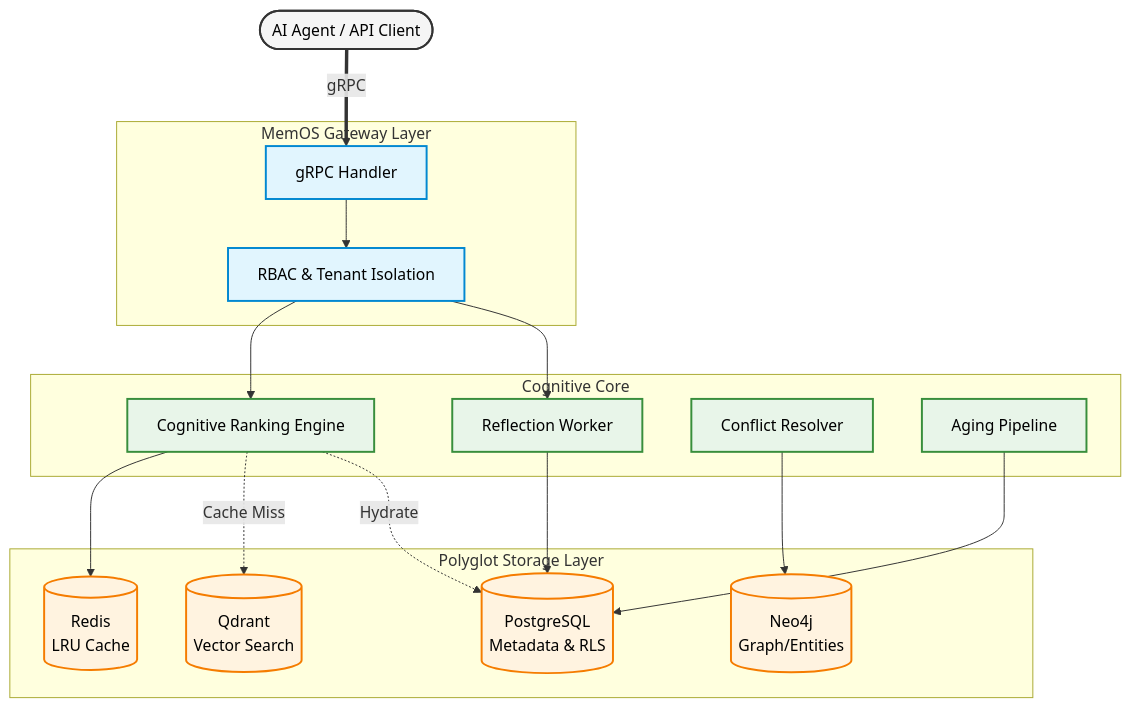
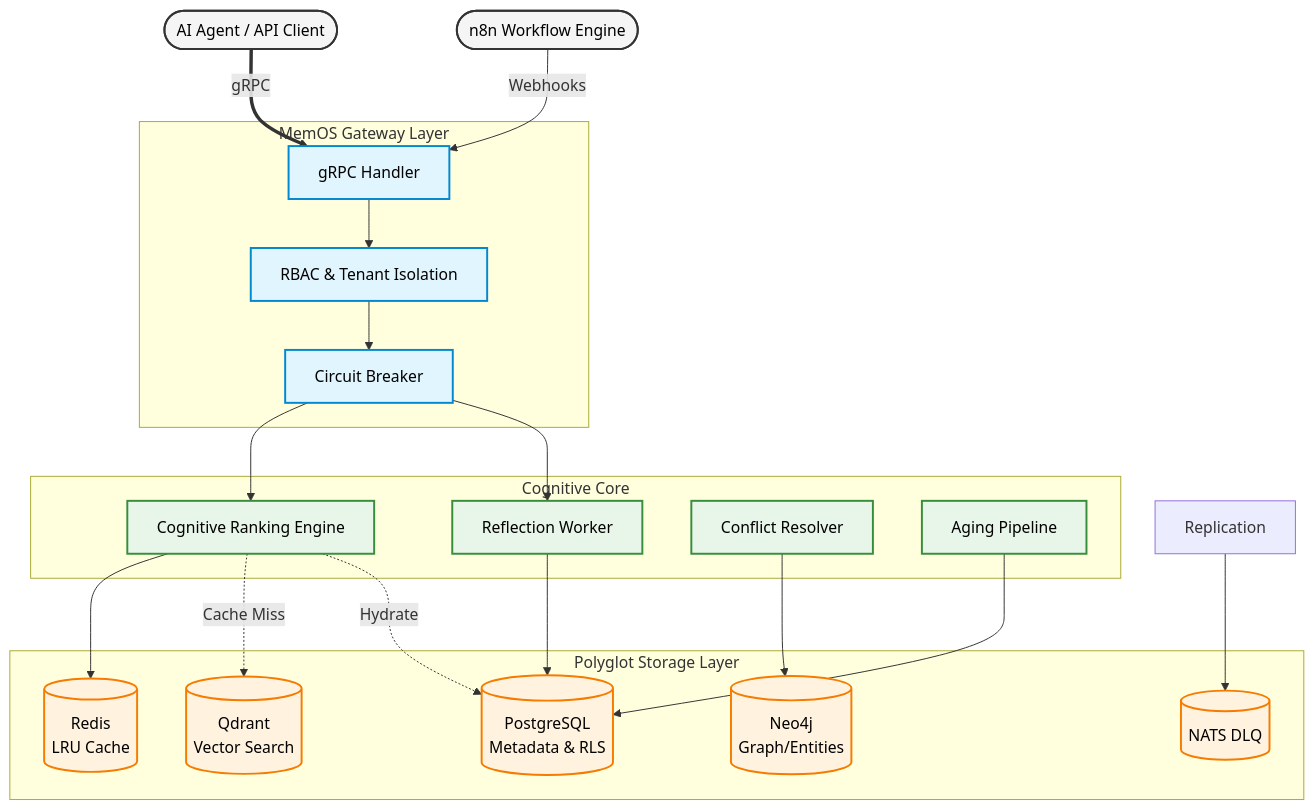
The first of 4 diagrams in README.md (Mohi1038/distributed-memOS), drawn with Mermaid before and after one commit. The commit also changed other lines of this file and 1 other file, not shown here.

Commit message:
docs: final update of architecture and implementation plan

````diff
--- a/README.md
+++ b/README.md
@@ -24,42 +24,48 @@
 ```mermaid
 flowchart TB
     %% Styling definitions
     classDef client fill:#f5f5f5,stroke:#333,stroke-width:2px,color:#000;
     classDef gateway fill:#e1f5fe,stroke:#0288d1,stroke-width:2px,color:#000;
     classDef engine fill:#e8f5e9,stroke:#388e3c,stroke-width:2px,color:#000;
     classDef storage fill:#fff3e0,stroke:#f57c00,stroke-width:2px,color:#000;
 
     Client([AI Agent / API Client]):::client
+    n8n([n8n Workflow Engine]):::client
     
     subgraph Gateway ["MemOS Gateway Layer"]
         API[gRPC Handler]:::gateway
         Auth[RBAC & Tenant Isolation]:::gateway
+        Breaker[Circuit Breaker]:::gateway
         API --> Auth
+        Auth --> Breaker
     end
 
     subgraph Core ["Cognitive Core"]
         Rank[Cognitive Ranking Engine]:::engine
         Reflect[Reflection Worker]:::engine
         Conflict[Conflict Resolver]:::engine
         Age[Aging Pipeline]:::engine
     end
 
     subgraph Storage ["Polyglot Storage Layer"]
         PG[(PostgreSQL<br/>Metadata & RLS)]:::storage
         QD[(Qdrant<br/>Vector Search)]:::storage
         Neo[(Neo4j<br/>Graph/Entities)]:::storage
         Redis[(Redis<br/>LRU Cache)]:::storage
+        DLQ[(NATS DLQ)]:::storage
     end
 
     Client ==gRPC==> API
-    Auth --> Rank
-    Auth --> Reflect
+    n8n --Webhooks--> API
+    Breaker --> Rank
+    Breaker --> Reflect
     
     Rank --> Redis
     Rank -.Cache Miss.-> QD
     Rank -.Hydrate.-> PG
     
     Conflict --> Neo
     Reflect --> PG
     Age --> PG
+    Replicate[Replication] --> DLQ
 ```
````
